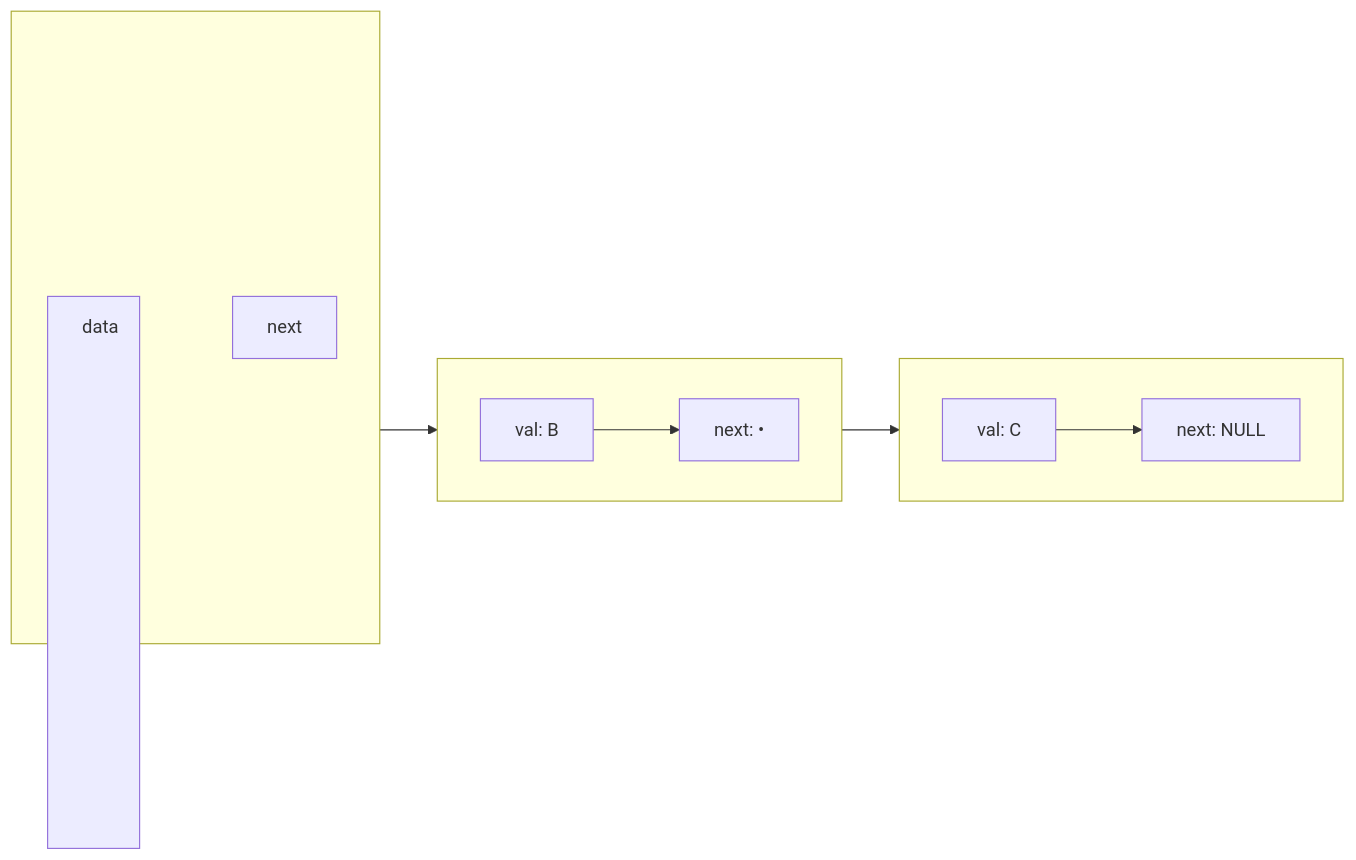
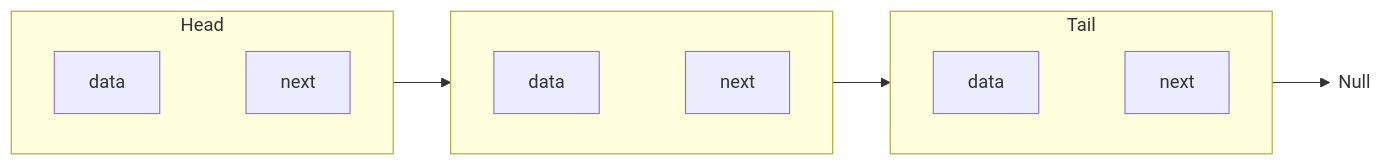
The diagram in README.md (ViktSh-SPb/Java-Learn), drawn with Mermaid before and after one commit.

Commit message:
vault backup: 2025-06-12 12:40:52

````diff
--- a/README.md
+++ b/README.md
@@ -6,21 +6,20 @@
 ```mermaid
 %%{init: {'config': {'width': '100%', 'useMaxWidth': true}}}%%
 flowchart LR
-    subgraph NodeA[" "]
+    subgraph NodeA["Head"]
         direction LR
-        A_val[data]:::big ~~~ A_next[next]
+        A_val[data] ~~~ A_next[next]
     end
     subgraph NodeB[" "]
         direction LR
-        B_val[val: B] --> B_next[next: •]
+        B_val[data] ~~~ B_next[next]
     end
-    subgraph NodeC[" "]
+    subgraph NodeC["Tail"]
         direction LR
-        C_val[val: C] --> C_next[next: NULL]
+        C_val[data] ~~~ C_next[next]
     end
     A_next --> NodeB
     B_next --> NodeC
+    C_next --> NodeD@{ shape: text, label: "Null" }
 
-	classDef small width:80px, height:30px
-    classDef big width:80, height:480px
 ```
````
